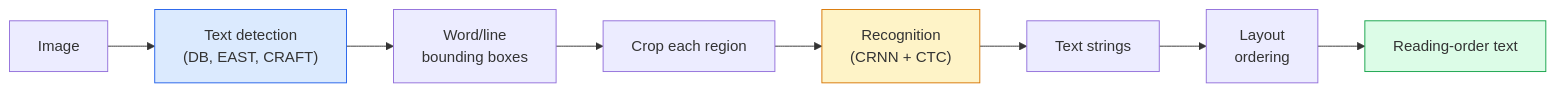
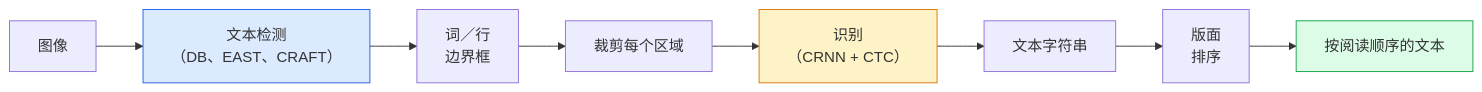
Before and after one commit to JerryC8080/ai-engineering-from-scratch-zh: the diagram in phases/04-computer-vision/19-ocr-document-understanding/docs/zh.md, drawn with Mermaid. The commit also changed 156 other files, not shown here.

First line of the commit message:
i18n(zh): translate mermaid diagram labels in 157 lesson zh.md

````diff
--- a/phases/04-computer-vision/19-ocr-document-understanding/docs/zh.md
+++ b/phases/04-computer-vision/19-ocr-document-understanding/docs/zh.md
@@ -35,14 +35,14 @@
 ```mermaid
 flowchart LR
-    IMG["Image"] --> DET["Text detection<br/>(DB, EAST, CRAFT)"]
-    DET --> BOX["Word/line<br/>bounding boxes"]
-    BOX --> CROP["Crop each region"]
-    CROP --> REC["Recognition<br/>(CRNN + CTC)"]
-    REC --> TXT["Text strings"]
-    TXT --> LAY["Layout<br/>ordering"]
-    LAY --> OUT["Reading-order text"]
+    IMG["图像"] --> DET["文本检测<br/>（DB、EAST、CRAFT）"]
+    DET --> BOX["词／行<br/>边界框"]
+    BOX --> CROP["裁剪每个区域"]
+    CROP --> REC["识别<br/>（CRNN + CTC）"]
+    REC --> TXT["文本字符串"]
+    TXT --> LAY["版面<br/>排序"]
+    LAY --> OUT["按阅读顺序的文本"]
 
     style DET fill:#dbeafe,stroke:#2563eb
     style REC fill:#fef3c7,stroke:#d97706
     style OUT fill:#dcfce7,stroke:#16a34a
 ```
````
